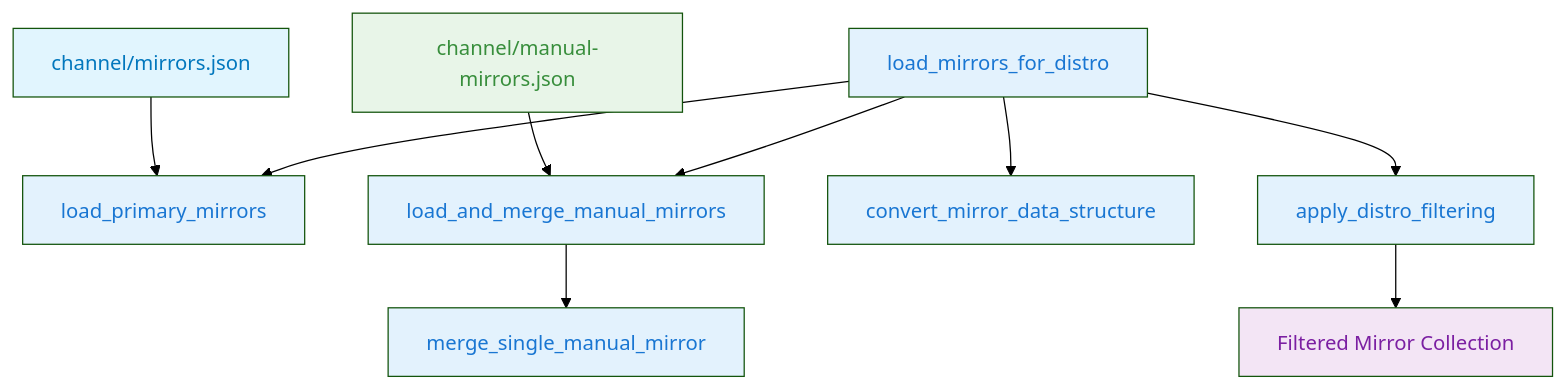
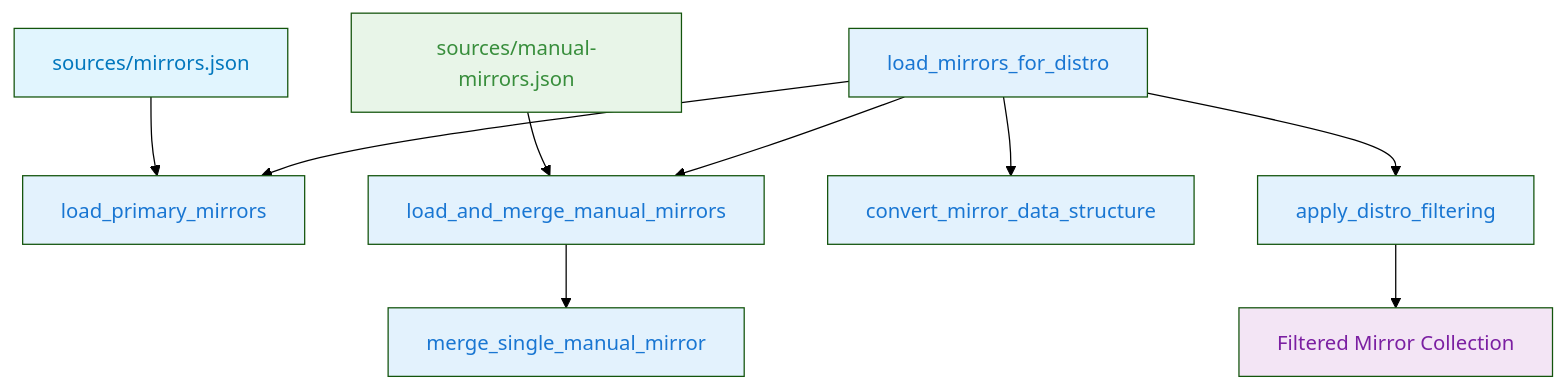
One commit to xiaobingling93-pixel/openeuler-epkg changed the sixth of 6 diagrams in scripts/mirror/usage.md. Above: the diagram before and after it, drawn with Mermaid (forest theme). The commit also changed other lines of this file and 49 other files, not shown here.

Commit message:
Rename channel/ to sources/

````diff
--- a/scripts/mirror/usage.md
+++ b/scripts/mirror/usage.md
@@ -365,24 +365,24 @@
 ```mermaid
 graph TB
     A[load_mirrors_for_distro] --> B[load_primary_mirrors]
     A --> C[load_and_merge_manual_mirrors]
     A --> D[convert_mirror_data_structure]
     A --> E[apply_distro_filtering]
 
     C --> F[merge_single_manual_mirror]
 
-    G[channel/mirrors.json] --> B
-    H[channel/manual-mirrors.json] --> C
+    G[sources/mirrors.json] --> B
+    H[sources/manual-mirrors.json] --> C
 
     E --> I[Filtered Mirror Collection]
 
     style A fill:#e3f2fd,color:#1976d2
     style B fill:#e3f2fd,color:#1976d2
     style C fill:#e3f2fd,color:#1976d2
     style D fill:#e3f2fd,color:#1976d2
     style E fill:#e3f2fd,color:#1976d2
     style F fill:#e3f2fd,color:#1976d2
     style G fill:#e1f5fe,color:#0277bd
     style H fill:#e8f5e8,color:#388e3c
     style I fill:#f3e5f5,color:#7b1fa2
 ```
````
